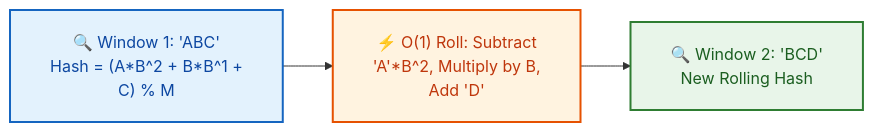
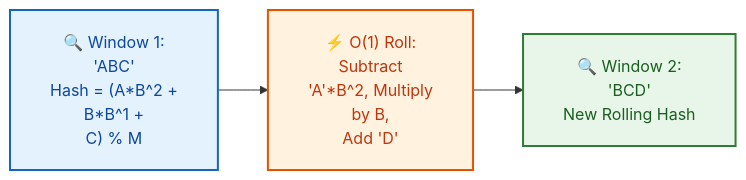
One commit to dip4k/DSA_102 changed the seventh of 7 diagrams in week_03_foundations_iii_sorting_and_hashing/Week_03_Visual_Concepts_Playbook_HYBRID.md. Above: the diagram before and after it, drawn with Mermaid. The commit also changed other lines of this file and 106 other files, not shown here.

First line of the commit message:
fix(mermaid): prevent text clipping with foreignObject overflow and tighter line wrapping

````diff
--- a/week_03_foundations_iii_sorting_and_hashing/Week_03_Visual_Concepts_Playbook_HYBRID.md
+++ b/week_03_foundations_iii_sorting_and_hashing/Week_03_Visual_Concepts_Playbook_HYBRID.md
@@ -530,13 +530,13 @@
 ```mermaid
-%%{init: {"flowchart": {"htmlLabels": true, "padding": 20}}}%%
+%%{init: {"flowchart": {"htmlLabels": true, "padding": 20}, "themeCSS": "foreignObject { overflow: visible !important; }"}}%%
 flowchart LR
     classDef win fill:#e3f2fd,stroke:#1565c0,stroke-width:2px,color:#0d47a1
     classDef roll fill:#fff3e0,stroke:#e65100,stroke-width:2px,color:#bf360c
     classDef nextWin fill:#e8f5e9,stroke:#2e7d32,stroke-width:2px,color:#1b5e20
 
-    W1["🔍 Window 1: 'ABC'<br/>Hash = (A*B^2 + B*B^1 +<br/>C) % M"]:::win
-    Roll["⚡ O(1) Roll: Subtract<br/>'A'*B^2, Multiply by B,<br/>Add 'D'"]:::roll
-    W2["🔍 Window 2: 'BCD'<br/>New Rolling Hash"]:::nextWin
+    W1["🔍 Window 1:<br/>'ABC'<br/>Hash = (A*B^2 +<br/>B*B^1 +<br/>C) % M"]:::win
+    Roll["⚡ O(1) Roll:<br/>Subtract<br/>'A'*B^2, Multiply<br/>by B,<br/>Add 'D'"]:::roll
+    W2["🔍 Window 2:<br/>'BCD'<br/>New Rolling Hash"]:::nextWin
 
     W1 --> Roll --> W2
 ```
````
